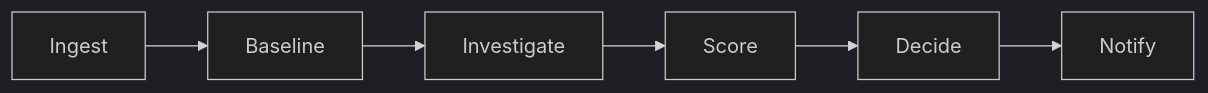
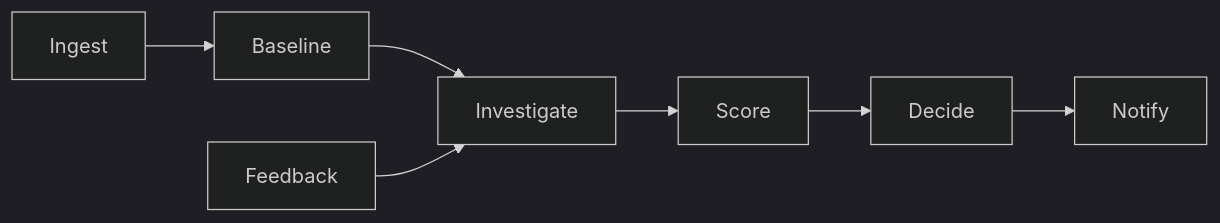
One commit to GBinion2020/AI-Triage-AgentV3- changed the second of 2 diagrams in README.md. Above: the diagram before and after it, drawn with Mermaid (dark theme). The commit also changed other lines of this file and 1 other file, not shown here.

````diff
--- a/README.md
+++ b/README.md
@@ -48,8 +49,9 @@
 ```mermaid
 flowchart LR
   Ingest --> Baseline
   Baseline --> Investigate
   Investigate --> Score
   Score --> Decide
   Decide --> Notify
+  Feedback --> Investigate
 ```
````
